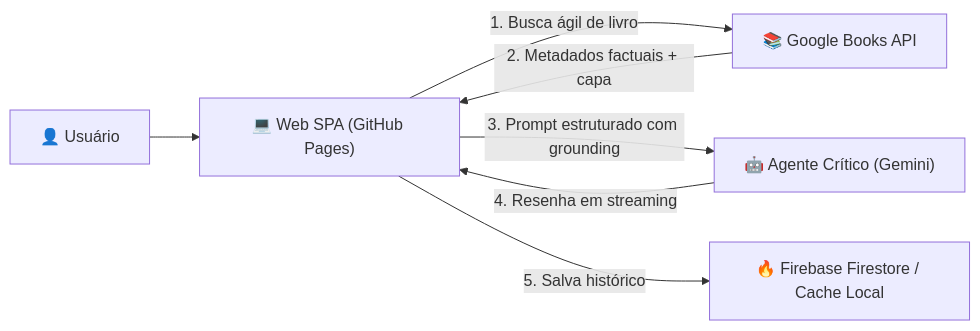
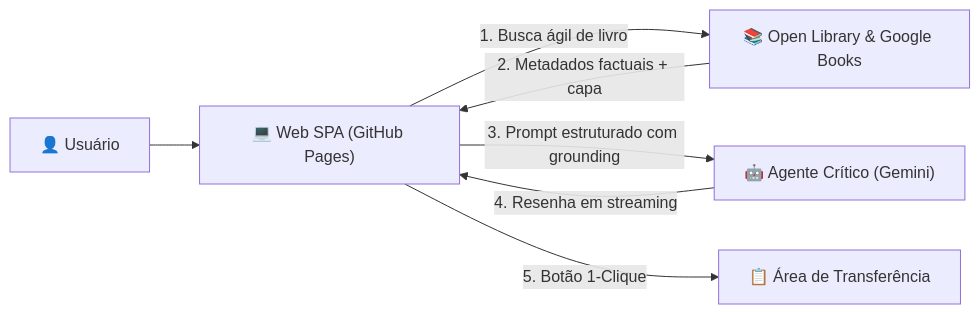
Before and after one commit to willycornelissen/review: the diagram in README.md, drawn with Mermaid. The commit also changed other lines of this file and 13 other files, not shown here.

````diff
--- a/README.md
+++ b/README.md
@@ -13,9 +13,9 @@
 ```mermaid
 flowchart LR
     User["👤 Usuário"] --> UI["💻 Web SPA (GitHub Pages)"]
-    UI -->|1. Busca ágil de livro| BooksAPI["📚 Google Books API"]
-    BooksAPI -->|2. Metadados factuais + capa| UI
+    UI -->|1. Busca ágil de livro| Catalog["📚 Open Library & Google Books"]
+    Catalog -->|2. Metadados factuais + capa| UI
     UI -->|3. Prompt estruturado com grounding| GeminiAgent["🤖 Agente Crítico (Gemini)"]
     GeminiAgent -->|4. Resenha em streaming| UI
-    UI -->|5. Salva histórico| Firebase["🔥 Firebase Firestore / Cache Local"]
+    UI -->|5. Botão 1-Clique| Clipboard["📋 Área de Transferência"]
 ```
````
